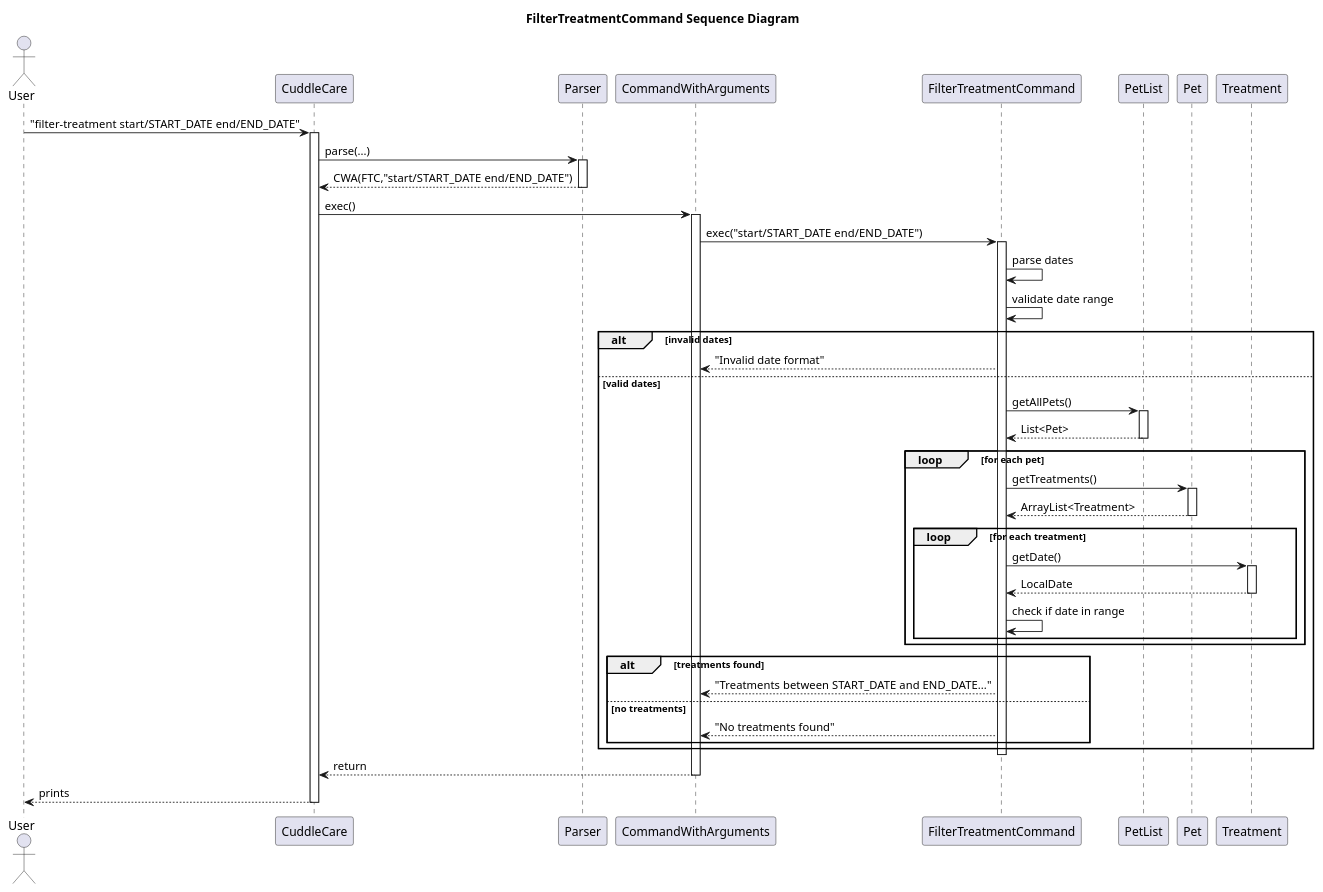
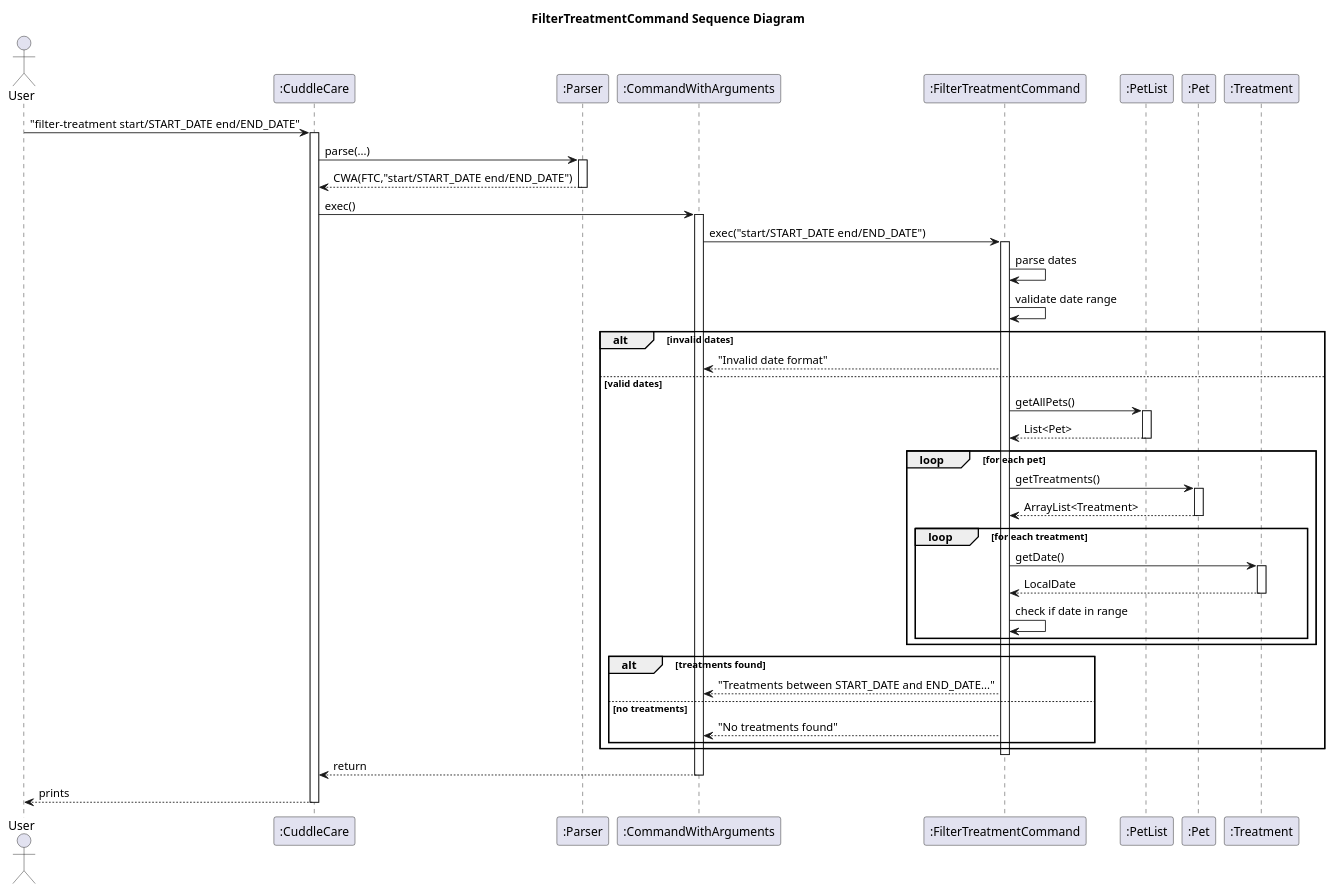
The diagram in docs/uml/FilterTreatmentsByDateSequence.puml (Kevin88866/tp), drawn with PlantUML before and after one commit. The commit also changed 4 other files, not shown here.

Commit message:
Update sequence diagrams with correct notation

```diff
--- a/docs/uml/FilterTreatmentsByDateSequence.puml
+++ b/docs/uml/FilterTreatmentsByDateSequence.puml
@@ -1,62 +1,62 @@
 @startuml
 title FilterTreatmentCommand Sequence Diagram
 actor User
-participant CuddleCare
-participant Parser
-participant CommandWithArguments as CWA
-participant FilterTreatmentCommand as FTC
-participant PetList
-participant Pet
-participant Treatment
+participant ":CuddleCare" as CuddleCare
+participant ":Parser" as Parser
+participant ":CommandWithArguments" as CWA
+participant ":FilterTreatmentCommand" as FTC
+participant ":PetList" as PetList
+participant ":Pet" as Pet
+participant ":Treatment" as Treatment
 
 User -> CuddleCare : "filter-treatment start/START_DATE end/END_DATE"
 activate CuddleCare
 CuddleCare -> Parser : parse(...)
 activate Parser
 Parser --> CuddleCare : CWA(FTC,"start/START_DATE end/END_DATE")
 deactivate Parser
 
 CuddleCare -> CWA : exec()
 activate CWA
 CWA -> FTC : exec("start/START_DATE end/END_DATE")
 activate FTC
 
 FTC -> FTC : parse dates
 FTC -> FTC : validate date range
 
 alt invalid dates
   FTC --> CWA : "Invalid date format"
 else valid dates
   FTC -> PetList : getAllPets()
   activate PetList
   PetList --> FTC : List<Pet>
   deactivate PetList
 
   loop for each pet
     FTC -> Pet : getTreatments()
     activate Pet
     Pet --> FTC : ArrayList<Treatment>
     deactivate Pet
 
     loop for each treatment
       FTC -> Treatment : getDate()
       activate Treatment
       Treatment --> FTC : LocalDate
       deactivate Treatment
       FTC -> FTC : check if date in range
     end
   end
 
   alt treatments found
     FTC --> CWA : "Treatments between START_DATE and END_DATE..."
   else no treatments
     FTC --> CWA : "No treatments found"
   end
 end
 
 deactivate FTC
 CWA --> CuddleCare : return
 deactivate CWA
 CuddleCare --> User : prints
 deactivate CuddleCare
 @enduml
```
